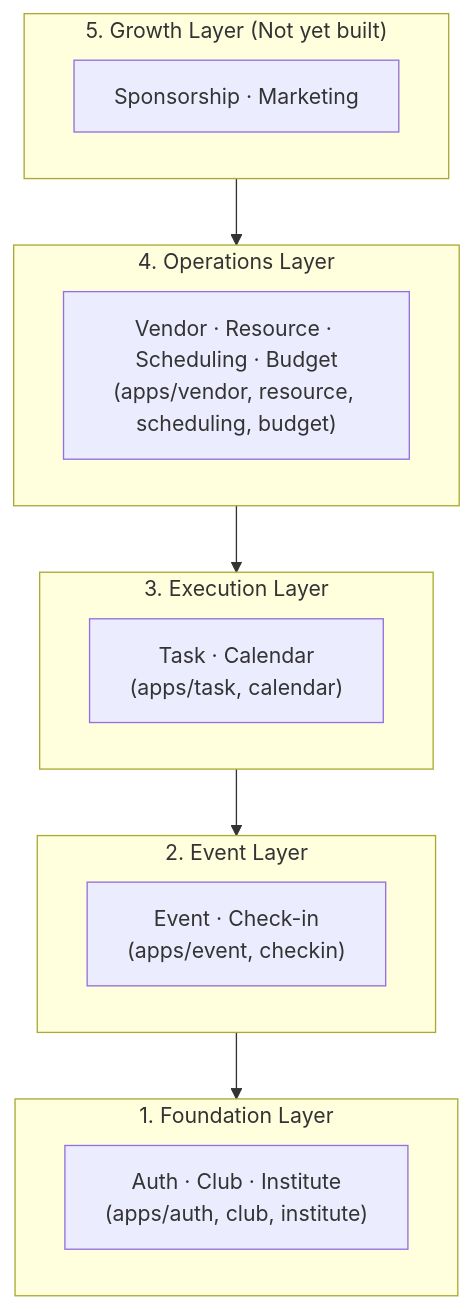
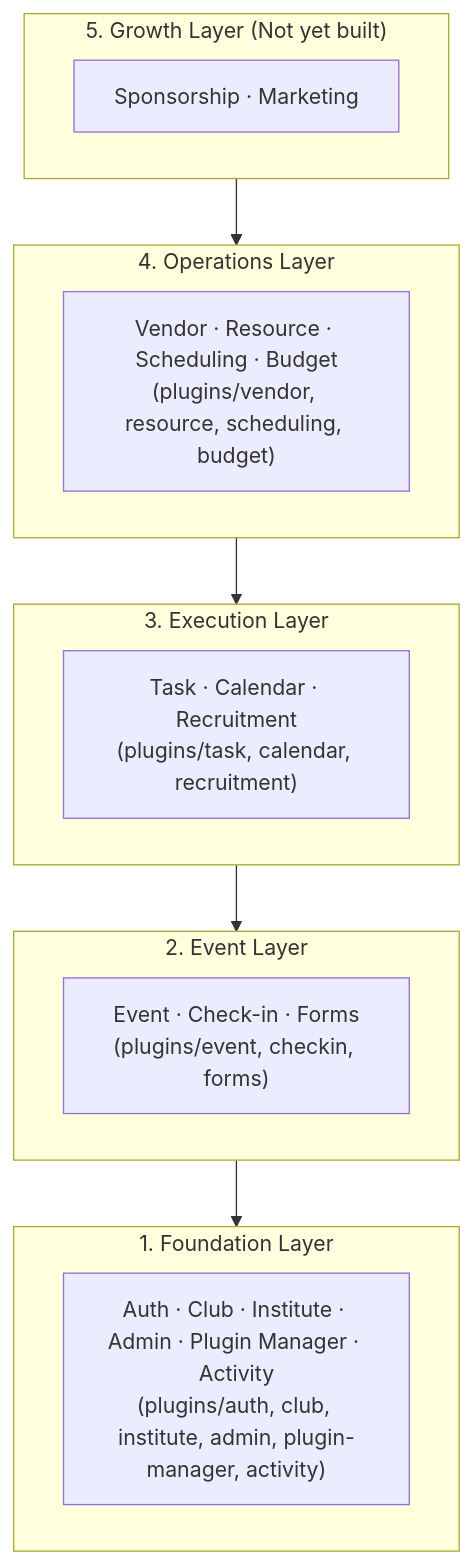
The second of 2 diagrams in docs/architecture/OVERVIEW.md (NITRR-Official/CampusOS), drawn with Mermaid before and after one commit. The commit also changed other lines of this file and 691 other files, not shown here.

First line of the commit message:
refactor(core): migrate to dynamic atomic rbac and modular plugin architecture (#85)

````diff
--- a/docs/architecture/OVERVIEW.md
+++ b/docs/architecture/OVERVIEW.md
@@ -31,23 +31,23 @@
 ```mermaid
 flowchart TD
     subgraph L5 ["5. Growth Layer (Not yet built)"]
         G["Sponsorship · Marketing"]
     end
     subgraph L4 ["4. Operations Layer"]
-        O["Vendor · Resource · Scheduling · Budget<br/>(apps/vendor, resource, scheduling, budget)"]
+        O["Vendor · Resource · Scheduling · Budget<br/>(plugins/vendor, resource, scheduling, budget)"]
     end
     subgraph L3 ["3. Execution Layer"]
-        E["Task · Calendar<br/>(apps/task, calendar)"]
+        E["Task · Calendar · Recruitment<br/>(plugins/task, calendar, recruitment)"]
     end
     subgraph L2 ["2. Event Layer"]
-        Ev["Event · Check-in<br/>(apps/event, checkin)"]
+        Ev["Event · Check-in · Forms<br/>(plugins/event, checkin, forms)"]
     end
     subgraph L1 ["1. Foundation Layer"]
-        F["Auth · Club · Institute<br/>(apps/auth, club, institute)"]
+        F["Auth · Club · Institute · Admin · Plugin Manager · Activity<br/>(plugins/auth, club, institute, admin, plugin-manager, activity)"]
     end
 
     L5 --> L4
     L4 --> L3
     L3 --> L2
     L2 --> L1
 ```
````
